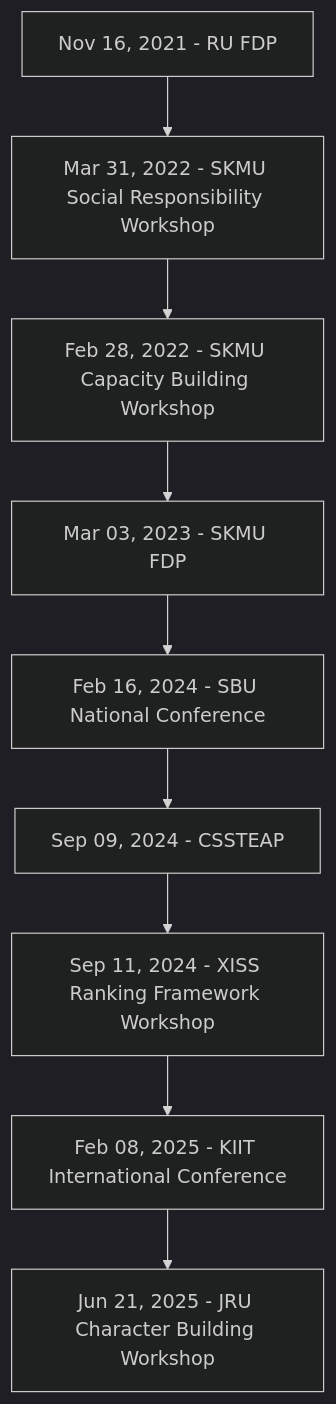
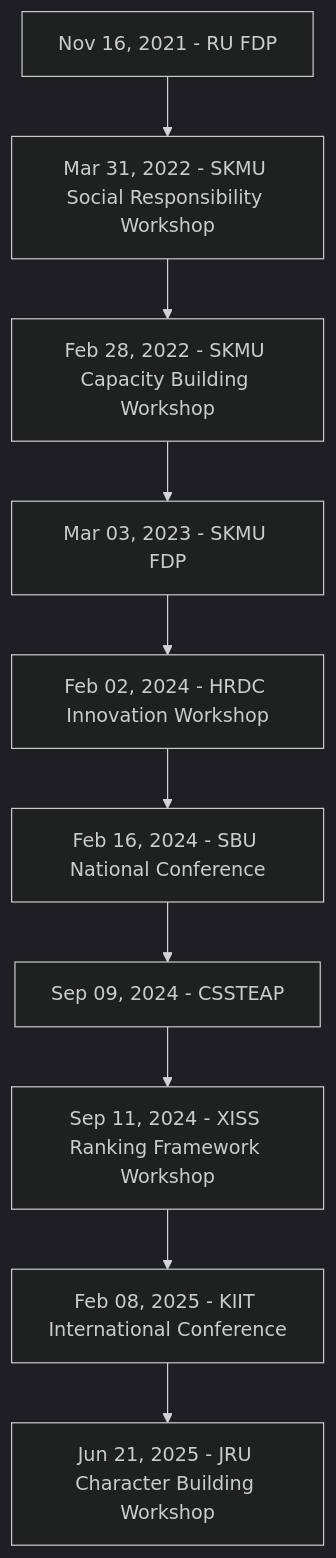
The third of 3 diagrams in _posts/2024-06-11-PPT.markdown (rajeshphy/research), drawn with Mermaid (dark theme) before and after one commit. The commit also changed 1 other file, not shown here.

Commit message:
Seminar certificate added

```diff
--- a/_posts/2024-06-11-PPT.markdown
+++ b/_posts/2024-06-11-PPT.markdown
@@ -43,17 +43,20 @@
 <div class="mermaid" style="background-color: lightgray; padding: 10px; border-radius: 5px;">
 flowchart TD;
     A1[Nov 16, 2021 - RU FDP] --> A2[Mar 31, 2022 - SKMU Social Responsibility Workshop] --> A3[Feb 28, 2022 - SKMU Capacity Building Workshop] --> 
-    A4[Mar 03, 2023 - SKMU FDP] --> A5[Feb 16, 2024 - SBU National Conference] --> 
+    A4[Mar 03, 2023 - SKMU FDP] --> 
+    A41[Feb 02, 2024 - HRDC Innovation Workshop] -->
+    A5[Feb 16, 2024 - SBU National Conference] --> 
     A6[Sep 09, 2024 - CSSTEAP] --> A7[Sep 11, 2024 - XISS Ranking Framework Workshop] --> 
     A8[Feb 08, 2025 - KIIT International Conference] --> A9[Jun 21, 2025 - JRU Character Building Workshop];
 
     click A1 "{{ site.PAPERS-ORG }}/PAPERS-ORG/Seminar-Certificate/r_Nov-16-2021-RU-FDP.png";
     click A2 "{{ site.PAPERS-ORG }}/PAPERS-ORG/Seminar-Certificate/r_Mar-31-2022-SKMU-Social-Responsibility-Workshop.png";
     click A3 "{{ site.PAPERS-ORG }}/PAPERS-ORG/Seminar-Certificate/r_Feb-28-2022-SKMU-Capacity-Building-Workshop.png";
-    click A4 "{{ site.PAPERS-ORG }}/PAPERS-ORG/Seminar-Certificate/Mar-03-2023-SKMU-FDP.png";
+    click A4 "{{ site.PAPERS-ORG }}/PAPERS-ORG/Seminar-Certificate/r_Mar-03-2023-SKMU-FDP.png";
+    click A41 "{{ site.PAPERS-ORG }}/PAPERS-ORG/Seminar-Certificate/r_Feb-02-2024-HRDC-Startup-Workshop.png";
     click A5 "{{ site.PAPERS-ORG }}/PAPERS-ORG/Seminar-Certificate/r_Feb-16-2024-SBU-National-Conference.png";
     click A6 "{{ site.PAPERS-ORG }}/PAPERS-ORG/Seminar-Certificate/r_Sep-9-2024-cssteap.png";
     click A7 "{{ site.PAPERS-ORG }}/PAPERS-ORG/Seminar-Certificate/r_Sep-11-2024-XISS-Ranking-Framework-Workshop.png";
     click A8 "{{ site.PAPERS-ORG }}/PAPERS-ORG/Seminar-Certificate/r_Feb-08-2025-KIIT-International-Conference.png";
     click A9 "{{ site.PAPERS-ORG }}/PAPERS-ORG/Seminar-Certificate/r_Jun-21-2025-JRU-Character-Building-Workshop.png";
 </div>
```
